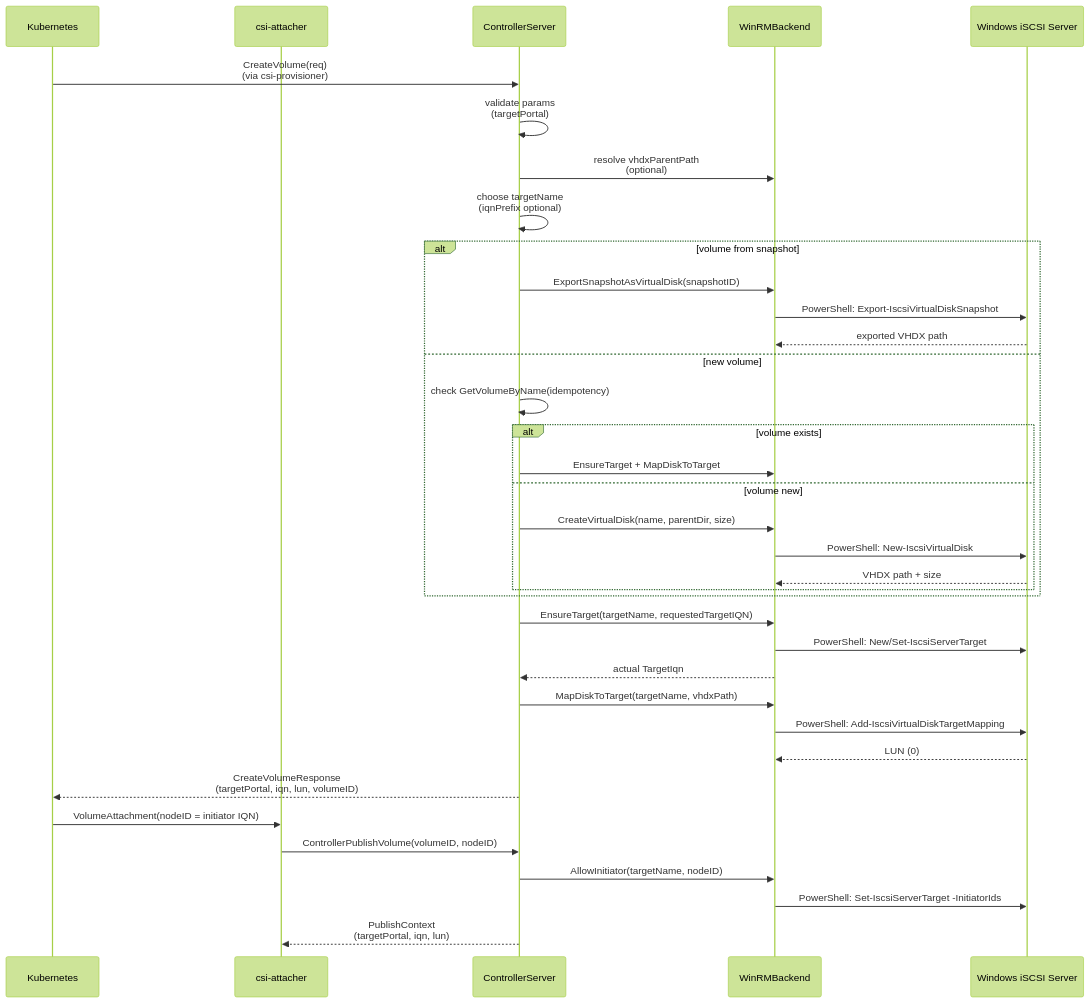
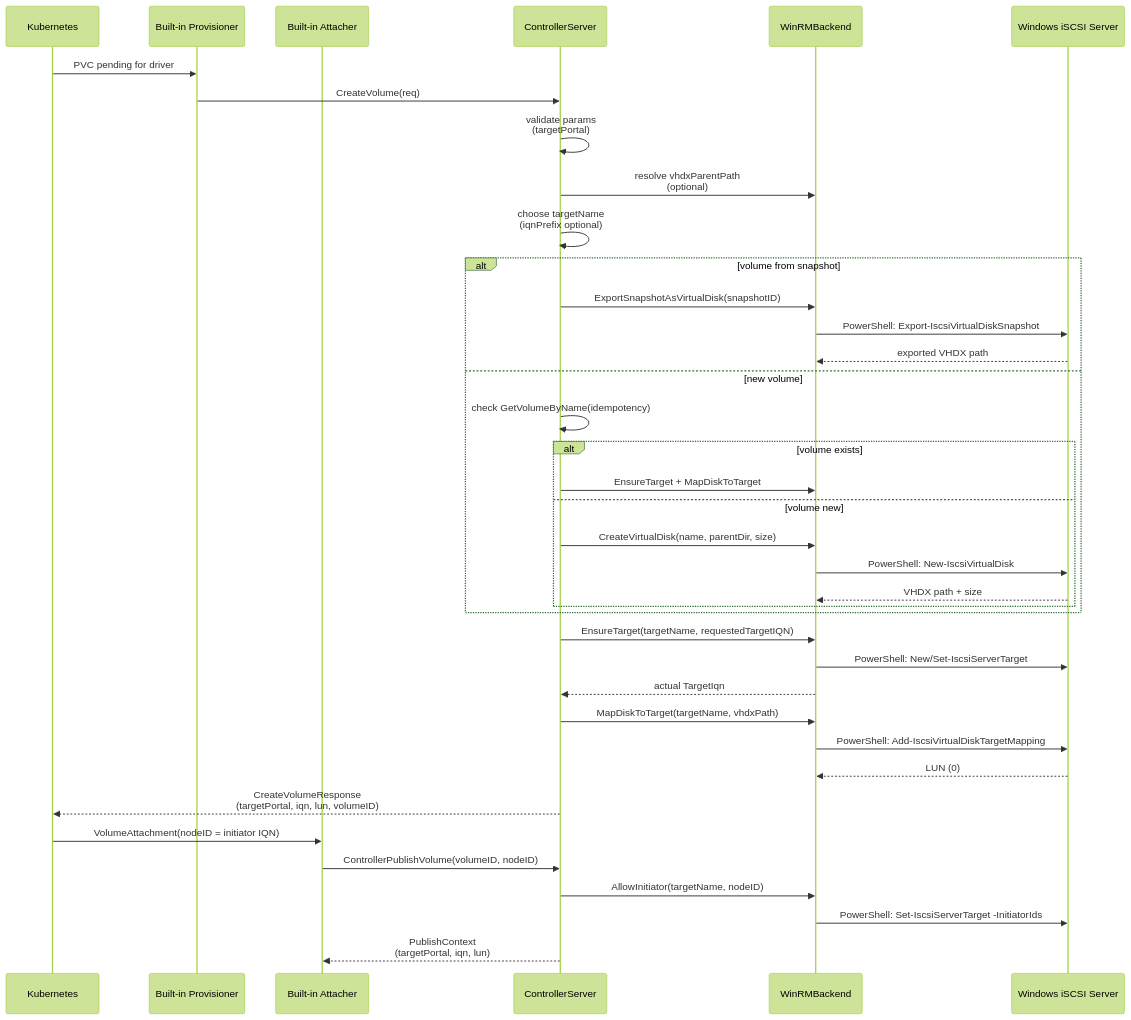
Before and after one commit to taliesins/csi-driver-for-windows-storage-server: the third of 4 diagrams in docs/architecture.md, drawn with Mermaid (forest theme). The commit also changed other lines of this file and 21 other files, not shown here.

````diff
--- a/docs/architecture.md
+++ b/docs/architecture.md
@@ -103,44 +105,46 @@
 ```mermaid
 sequenceDiagram
     participant K as Kubernetes
-    participant A as csi-attacher
+    participant P as Built-in Provisioner
+    participant A as Built-in Attacher
     participant C as ControllerServer
     participant W as WinRMBackend
     participant WS as Windows iSCSI Server
 
-    K->>C: CreateVolume(req)<br/>(via csi-provisioner)
+    K->>P: PVC pending for driver
+    P->>C: CreateVolume(req)
     C->>C: validate params<br/>(targetPortal)
     C->>W: resolve vhdxParentPath<br/>(optional)
     C->>C: choose targetName<br/>(iqnPrefix optional)
 
     alt volume from snapshot
         C->>W: ExportSnapshotAsVirtualDisk(snapshotID)
         W->>WS: PowerShell: Export-IscsiVirtualDiskSnapshot
         WS-->>W: exported VHDX path
     else new volume
         C->>C: check GetVolumeByName(idempotency)
         alt volume exists
             C->>W: EnsureTarget + MapDiskToTarget
         else volume new
             C->>W: CreateVirtualDisk(name, parentDir, size)
             W->>WS: PowerShell: New-IscsiVirtualDisk
             WS-->>W: VHDX path + size
         end
     end
 
     C->>W: EnsureTarget(targetName, requestedTargetIQN)
     W->>WS: PowerShell: New/Set-IscsiServerTarget
     W-->>C: actual TargetIqn
 
     C->>W: MapDiskToTarget(targetName, vhdxPath)
     W->>WS: PowerShell: Add-IscsiVirtualDiskTargetMapping
     WS-->>W: LUN (0)
 
     C-->>K: CreateVolumeResponse<br/>(targetPortal, iqn, lun, volumeID)
 
     K->>A: VolumeAttachment(nodeID = initiator IQN)
     A->>C: ControllerPublishVolume(volumeID, nodeID)
     C->>W: AllowInitiator(targetName, nodeID)
     W->>WS: PowerShell: Set-IscsiServerTarget -InitiatorIds
     C-->>A: PublishContext<br/>(targetPortal, iqn, lun)
 ```
````
